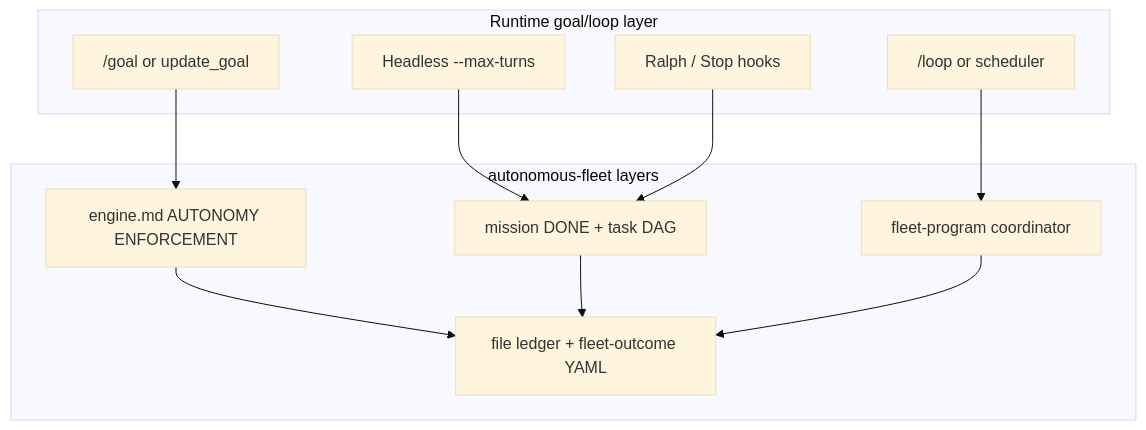
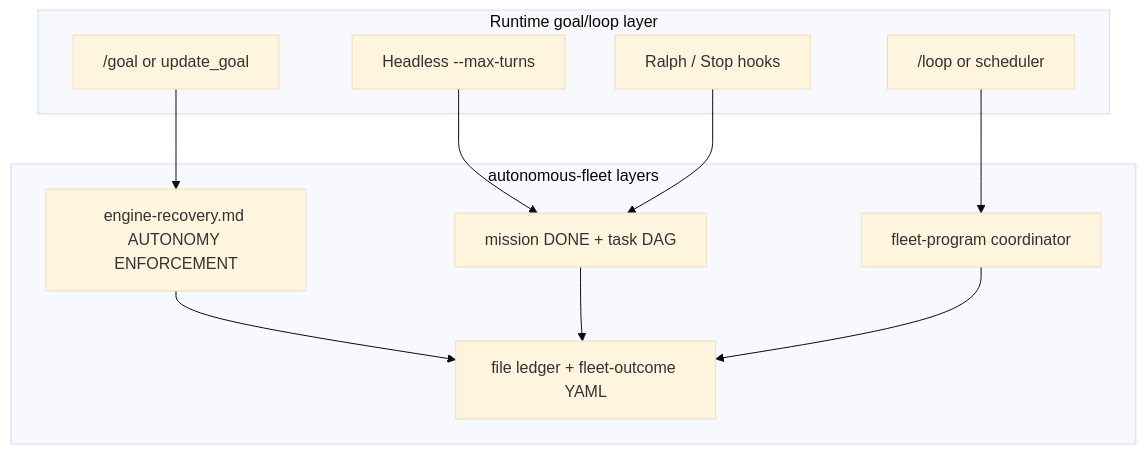
Before and after one commit to ravidsrk/autonomous-fleet: the diagram in docs/research-runtime-loops-and-goals.md, drawn with Mermaid (base theme). The commit also changed other lines of this file and 166 other files, not shown here.

````diff
--- a/docs/research-runtime-loops-and-goals.md
+++ b/docs/research-runtime-loops-and-goals.md
@@ -144,24 +144,24 @@
 ```mermaid
 flowchart TB
   subgraph runtime [Runtime goal/loop layer]
     G["/goal or update_goal"]
     L["/loop or scheduler"]
     H["Headless --max-turns"]
     R["Ralph / Stop hooks"]
   end
 
   subgraph fleet [autonomous-fleet layers]
     FP[fleet-program coordinator]
-    ENG[engine.md AUTONOMY ENFORCEMENT]
+    ENG[engine-recovery.md AUTONOMY ENFORCEMENT]
     MIS[mission DONE + task DAG]
     LED[file ledger + fleet-outcome YAML]
   end
 
   G --> ENG
   L --> FP
   H --> MIS
   R --> MIS
   ENG --> LED
   MIS --> LED
   FP --> LED
 ```
````
